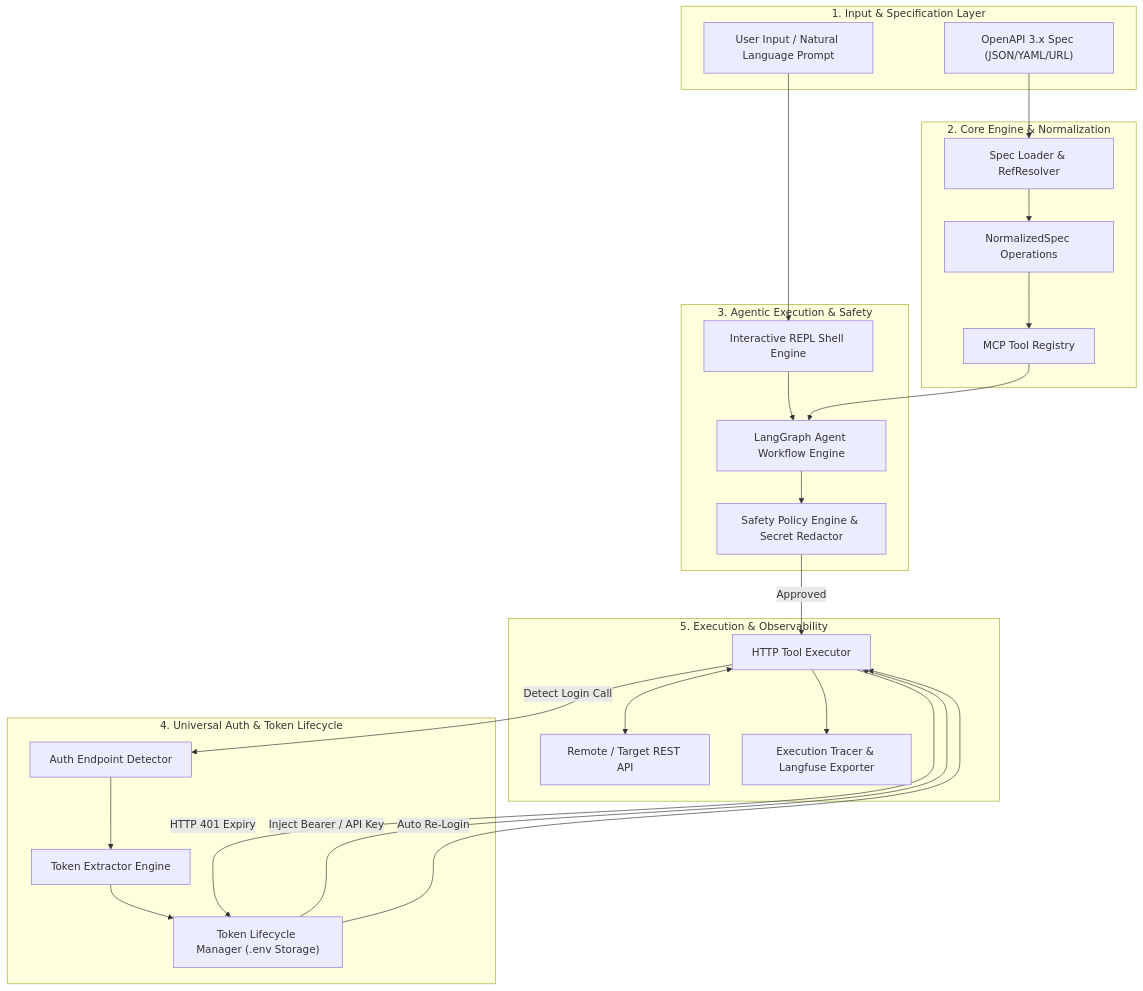
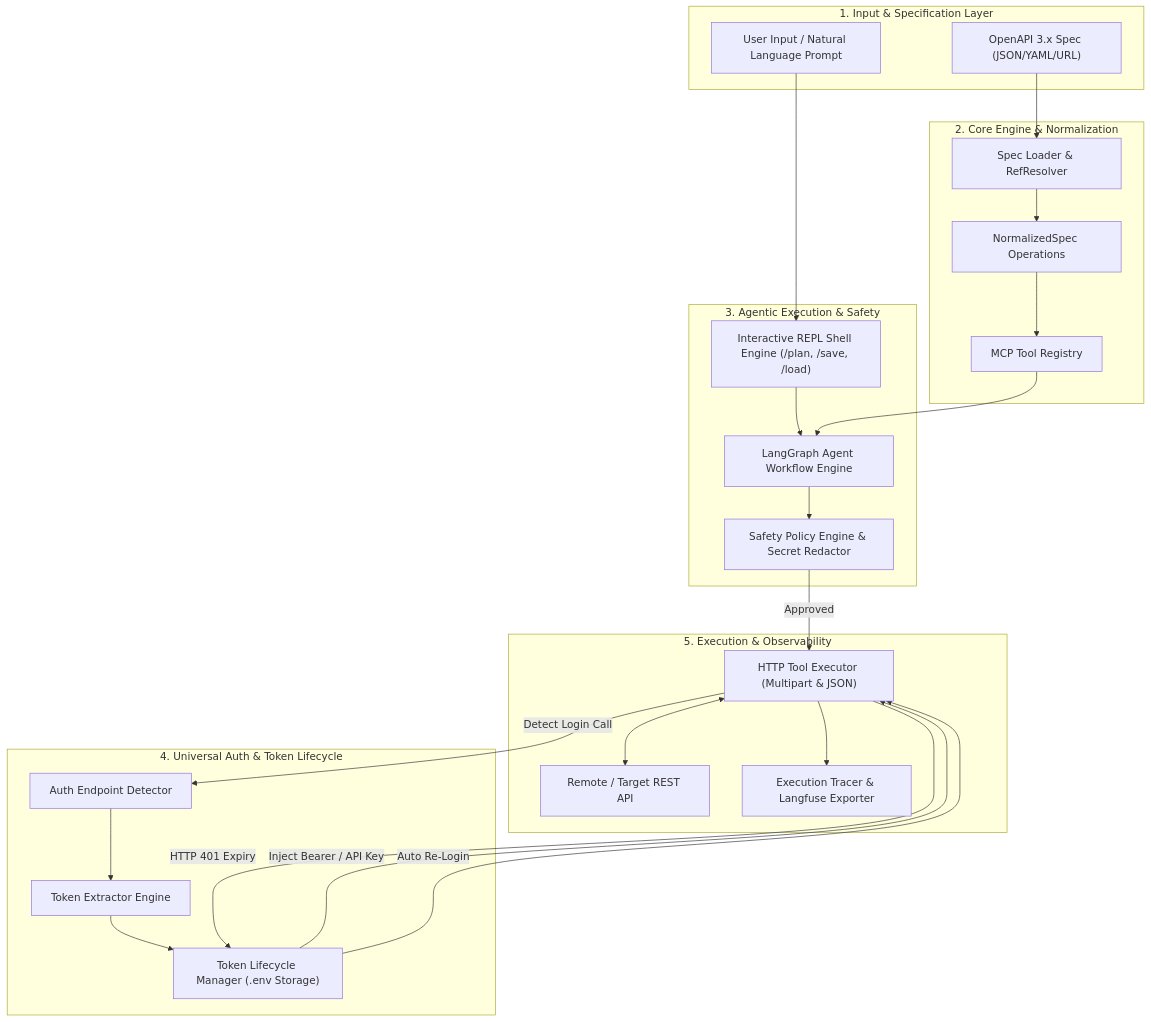
Before and after one commit to samer-mansouri/SpecPilot: the first of 3 diagrams in README.md, drawn with Mermaid. The commit also changed other lines of this file, not shown here.

Commit message:
docs(readme): update documentation for v1.2.0 features (/plan mode, session persistence, file uploads)

````diff
--- a/README.md
+++ b/README.md
@@ -100,44 +103,44 @@
 ```mermaid
 flowchart TD
     subgraph Inputs["1. Input & Specification Layer"]
         SpecFile["OpenAPI 3.x Spec (JSON/YAML/URL)"]
         UserCmd["User Input / Natural Language Prompt"]
     end
 
     subgraph Core["2. Core Engine & Normalization"]
         Loader["Spec Loader & RefResolver"]
         NormSpec["NormalizedSpec Operations"]
         Registry["MCP Tool Registry"]
     end
 
     subgraph Agentic["3. Agentic Execution & Safety"]
-        REPL["Interactive REPL Shell Engine"]
+        REPL["Interactive REPL Shell Engine (/plan, /save, /load)"]
         Agent["LangGraph Agent Workflow Engine"]
         Safety["Safety Policy Engine & Secret Redactor"]
     end
 
     subgraph AuthLayer["4. Universal Auth & Token Lifecycle"]
         Detector["Auth Endpoint Detector"]
         Extractor["Token Extractor Engine"]
         Lifecycle["Token Lifecycle Manager (.env Storage)"]
     end
 
     subgraph Network["5. Execution & Observability"]
-        Executor["HTTP Tool Executor"]
+        Executor["HTTP Tool Executor (Multipart & JSON)"]
         API["Remote / Target REST API"]
         Tracer["Execution Tracer & Langfuse Exporter"]
     end
 
     SpecFile --> Loader --> NormSpec --> Registry
     UserCmd --> REPL --> Agent
     Registry --> Agent
     Agent --> Safety
     Safety -->|Approved| Executor
     
     Executor -->|Detect Login Call| Detector --> Extractor --> Lifecycle
     Lifecycle -->|Inject Bearer / API Key| Executor
     Executor -->|HTTP 401 Expiry| Lifecycle -->|Auto Re-Login| Executor
     
     Executor <--> API
     Executor --> Tracer
 ```
````
